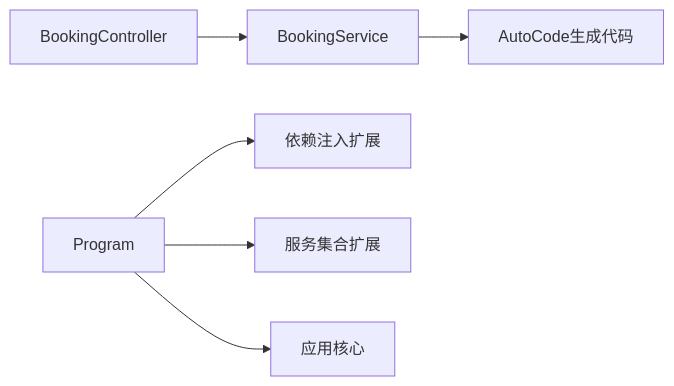
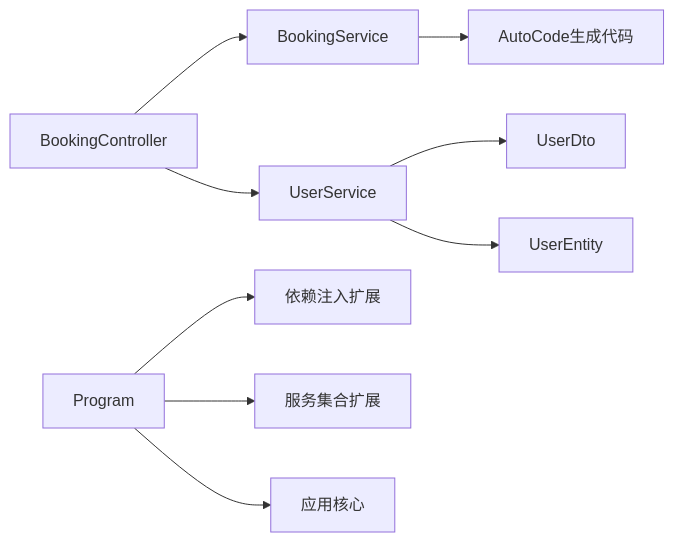
One commit to alivy/AutoCode changed the ninth of 9 diagrams in .qoder/repowiki/zh/content/Web API集成/Web API集成.md. Above: the diagram before and after it, drawn with Mermaid. The commit also changed other lines of this file and 29 other files, not shown here.

````diff
--- a/.qoder/repowiki/zh/content/Web API集成/Web API集成.md
+++ b/.qoder/repowiki/zh/content/Web API集成/Web API集成.md
@@ -379,8 +457,11 @@
 ```mermaid
 graph LR
 Controller["BookingController"] --> Service["BookingService"]
+Controller --> UserService["UserService"]
 Service --> AutoGen["AutoCode生成代码"]
+UserService --> UserDto["UserDto"]
+UserService --> UserEntity["UserEntity"]
 Program["Program"] --> DIExt["依赖注入扩展"]
 Program --> SvcExt["服务集合扩展"]
 Program --> AppCore["应用核心"]
 ```
````
